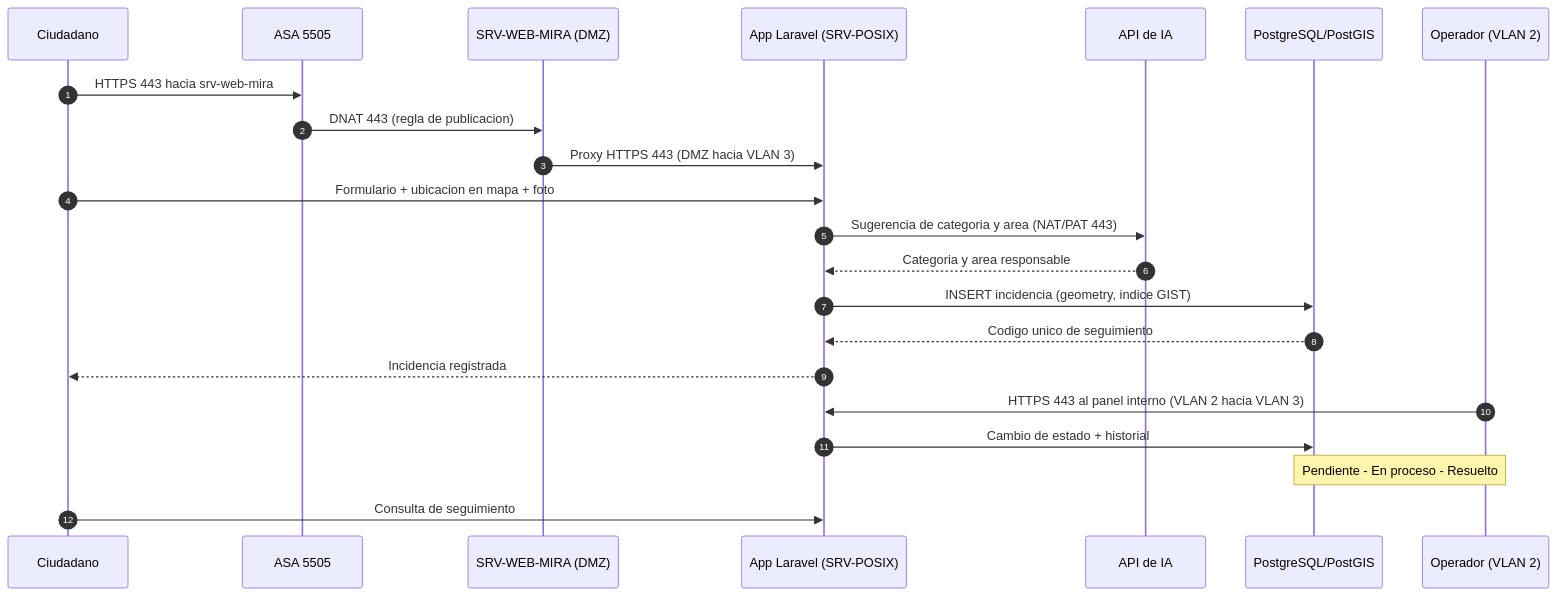
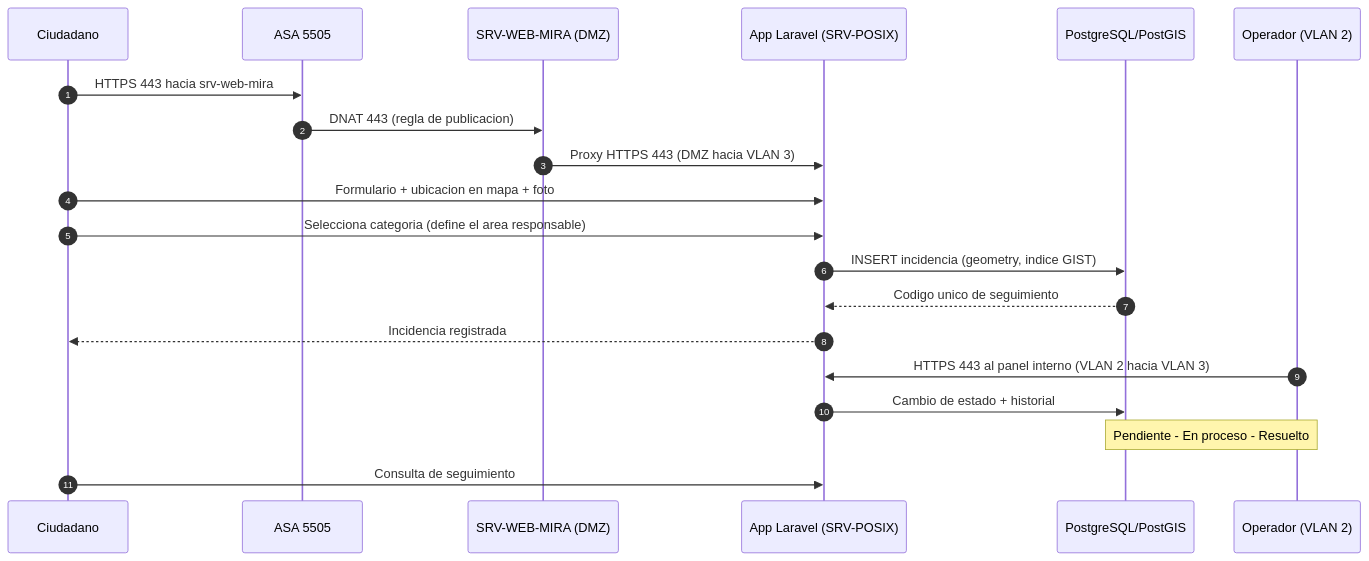
One commit to bitorientaluy/mira changed the fourth of 5 diagrams in Diagrama_Implementacion_Hito1.md. Above: the diagram before and after it, drawn with Mermaid. The commit also changed other lines of this file and 1 other file, not shown here.

Commit message:
Eliminar funcionalidad de IA del documento y diagrama para alinear con la exclusión 4.5.2

````diff
--- a/Diagrama_Implementacion_Hito1.md
+++ b/Diagrama_Implementacion_Hito1.md
@@ -139,25 +137,23 @@
 ```mermaid
 sequenceDiagram
     autonumber
     participant CIU as Ciudadano
     participant FW as ASA 5505
     participant WEB as SRV-WEB-MIRA (DMZ)
     participant APP as App Laravel (SRV-POSIX)
-    participant IA as API de IA
     participant DB as PostgreSQL/PostGIS
     participant OP as Operador (VLAN 2)
 
     CIU->>FW: HTTPS 443 hacia srv-web-mira
     FW->>WEB: DNAT 443 (regla de publicacion)
     WEB->>APP: Proxy HTTPS 443 (DMZ hacia VLAN 3)
     CIU->>APP: Formulario + ubicacion en mapa + foto
-    APP->>IA: Sugerencia de categoria y area (NAT/PAT 443)
-    IA-->>APP: Categoria y area responsable
+    CIU->>APP: Selecciona categoria (define el area responsable)
     APP->>DB: INSERT incidencia (geometry, indice GIST)
     DB-->>APP: Codigo unico de seguimiento
     APP-->>CIU: Incidencia registrada
     OP->>APP: HTTPS 443 al panel interno (VLAN 2 hacia VLAN 3)
     APP->>DB: Cambio de estado + historial
     Note over OP,DB: Pendiente - En proceso - Resuelto
     CIU->>APP: Consulta de seguimiento
 ```
````
